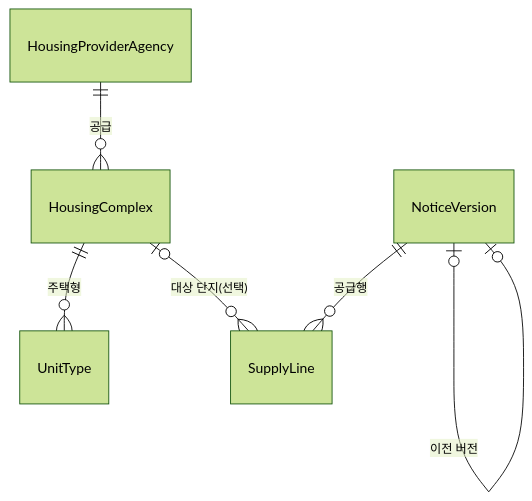
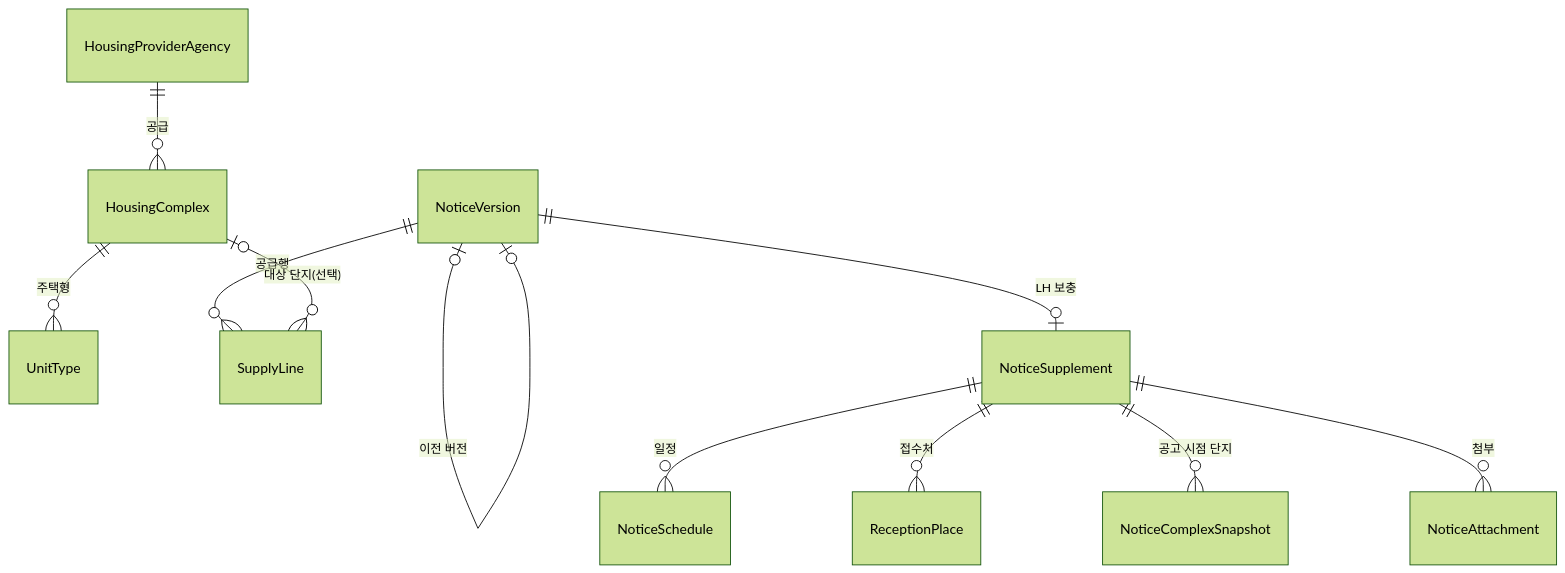
Before and after one commit to JunHyung1206/toadzip-api-domain: the diagram in docs/도메인-설계.md, drawn with Mermaid (forest theme). The commit also changed other lines of this file and 12 other files, not shown here.

````diff
--- a/docs/도메인-설계.md
+++ b/docs/도메인-설계.md
@@ -23,8 +25,13 @@
 ```mermaid
 erDiagram
     HousingProviderAgency ||--o{ HousingComplex : "공급"
     HousingComplex ||--o{ UnitType : "주택형"
     NoticeVersion ||--o{ SupplyLine : "공급행"
     NoticeVersion |o--o| NoticeVersion : "이전 버전"
     HousingComplex |o--o{ SupplyLine : "대상 단지(선택)"
+    NoticeVersion ||--o| NoticeSupplement : "LH 보충"
+    NoticeSupplement ||--o{ NoticeSchedule : "일정"
+    NoticeSupplement ||--o{ ReceptionPlace : "접수처"
+    NoticeSupplement ||--o{ NoticeComplexSnapshot : "공고 시점 단지"
+    NoticeSupplement ||--o{ NoticeAttachment : "첨부"
 ```
````
